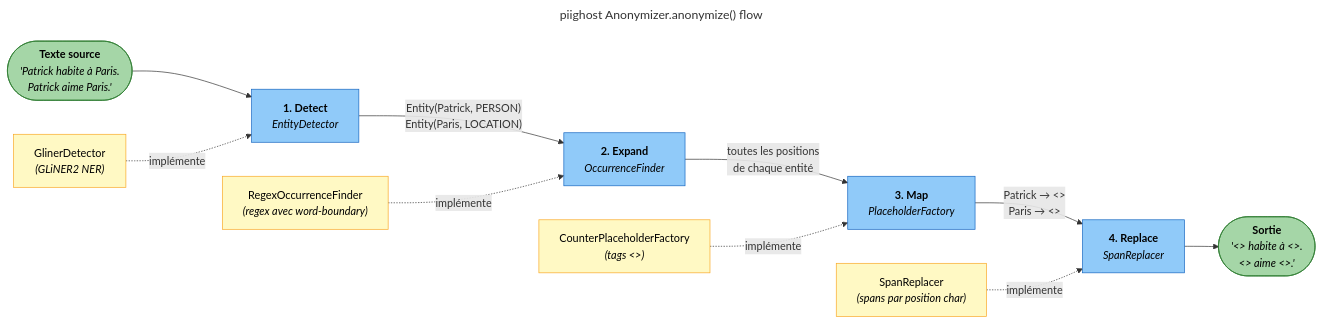
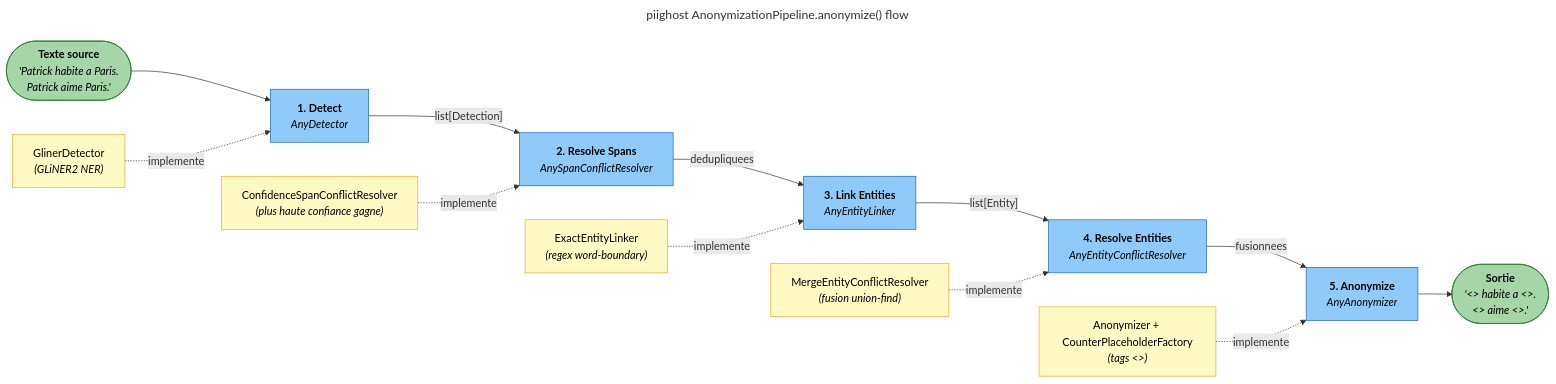
One commit to Athroniaeth/piighost changed the first of 2 diagrams in docs/fr/architecture.md. Above: the diagram before and after it, drawn with Mermaid. The commit also changed other lines of this file and 32 other files, not shown here.

Commit message:
docs: rewrite all documentation for new architecture

````diff
--- a/docs/fr/architecture.md
+++ b/docs/fr/architecture.md
@@ -36,49 +43,52 @@
 ```mermaid
 ---
-title: "piighost Anonymizer.anonymize() flow"
+title: "piighost AnonymizationPipeline.anonymize() flow"
 ---
 flowchart LR
     classDef stage fill:#90CAF9,stroke:#1565C0,color:#000
     classDef protocol fill:#FFF9C4,stroke:#F9A825,color:#000
     classDef data fill:#A5D6A7,stroke:#2E7D32,color:#000
 
     INPUT(["`**Texte source**
-    _'Patrick habite à Paris.
+    _'Patrick habite a Paris.
     Patrick aime Paris.'_`"]):::data
 
     DETECT["`**1. Detect**
-    _EntityDetector_`"]:::stage
-    EXPAND["`**2. Expand**
-    _OccurrenceFinder_`"]:::stage
-    MAP["`**3. Map**
-    _PlaceholderFactory_`"]:::stage
-    REPLACE["`**4. Replace**
-    _SpanReplacer_`"]:::stage
+    _AnyDetector_`"]:::stage
+    RESOLVE_SPANS["`**2. Resolve Spans**
+    _AnySpanConflictResolver_`"]:::stage
+    LINK["`**3. Link Entities**
+    _AnyEntityLinker_`"]:::stage
+    RESOLVE_ENTITIES["`**4. Resolve Entities**
+    _AnyEntityConflictResolver_`"]:::stage
+    ANONYMIZE["`**5. Anonymize**
+    _AnyAnonymizer_`"]:::stage
 
     OUTPUT(["`**Sortie**
-    _'<<PERSON_1>> habite à <<LOCATION_1>>.
+    _'<<PERSON_1>> habite a <<LOCATION_1>>.
     <<PERSON_1>> aime <<LOCATION_1>>.'_`"]):::data
 
     INPUT --> DETECT
-    DETECT -- "Entity(Patrick, PERSON)
-    Entity(Paris, LOCATION)" --> EXPAND
-    EXPAND -- "toutes les positions
-    de chaque entité" --> MAP
-    MAP -- "Patrick → <<PERSON_1>>
-    Paris → <<LOCATION_1>>" --> REPLACE
-    REPLACE --> OUTPUT
+    DETECT -- "list[Detection]" --> RESOLVE_SPANS
+    RESOLVE_SPANS -- "dedupliquees" --> LINK
+    LINK -- "list[Entity]" --> RESOLVE_ENTITIES
+    RESOLVE_ENTITIES -- "fusionnees" --> ANONYMIZE
+    ANONYMIZE --> OUTPUT
 
     P_DETECT["`GlinerDetector
     _(GLiNER2 NER)_`"]:::protocol
-    P_EXPAND["`RegexOccurrenceFinder
-    _(regex avec word-boundary)_`"]:::protocol
-    P_MAP["`CounterPlaceholderFactory
+    P_RESOLVE_SPANS["`ConfidenceSpanConflictResolver
+    _(plus haute confiance gagne)_`"]:::protocol
+    P_LINK["`ExactEntityLinker
+    _(regex word-boundary)_`"]:::protocol
+    P_RESOLVE_ENTITIES["`MergeEntityConflictResolver
+    _(fusion union-find)_`"]:::protocol
+    P_ANONYMIZE["`Anonymizer + CounterPlaceholderFactory
     _(tags <<LABEL_N>>)_`"]:::protocol
-    P_REPLACE["`SpanReplacer
-    _(spans par position char)_`"]:::protocol
 
-    P_DETECT -. "implémente" .-> DETECT
-    P_EXPAND -. "implémente" .-> EXPAND
-    P_MAP -. "implémente" .-> MAP
-    P_REPLACE -. "implémente" .-> REPLACE
+    P_DETECT -. "implemente" .-> DETECT
+    P_RESOLVE_SPANS -. "implemente" .-> RESOLVE_SPANS
+    P_LINK -. "implemente" .-> LINK
+    P_RESOLVE_ENTITIES -. "implemente" .-> RESOLVE_ENTITIES
+    P_ANONYMIZE -. "implemente" .-> ANONYMIZE
 ```
````
